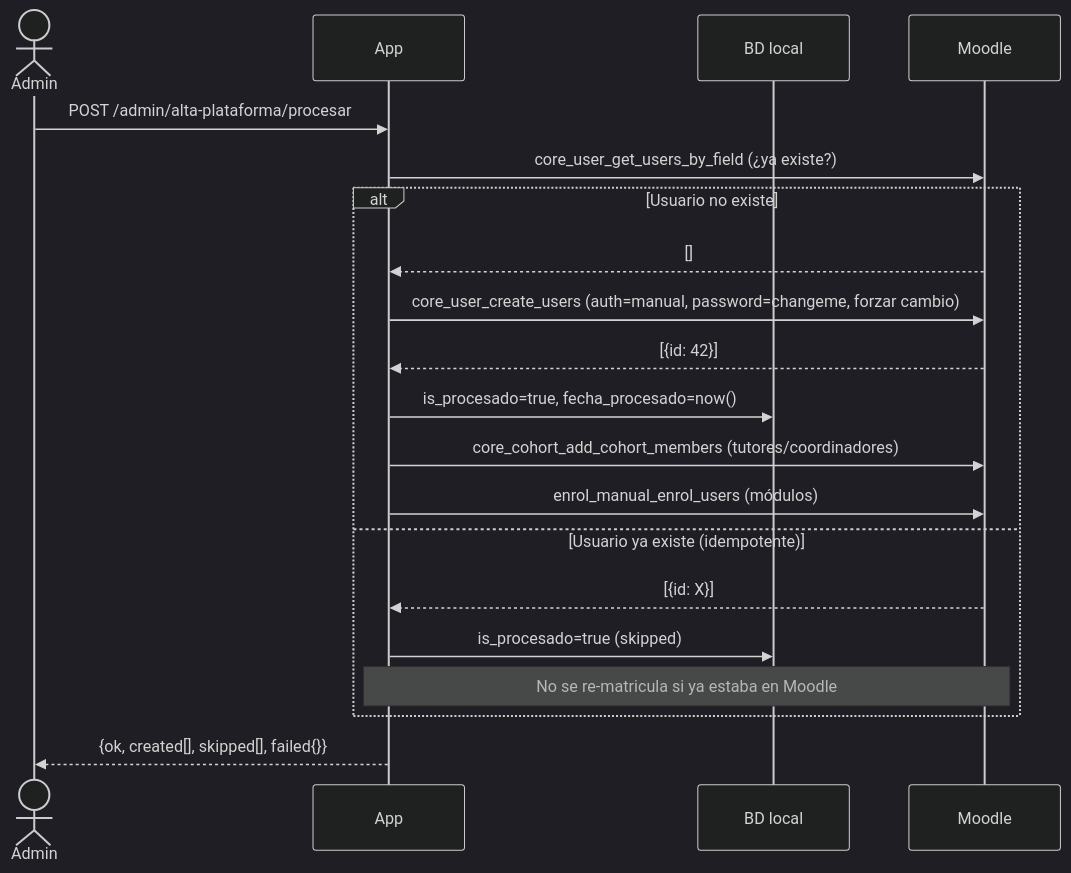
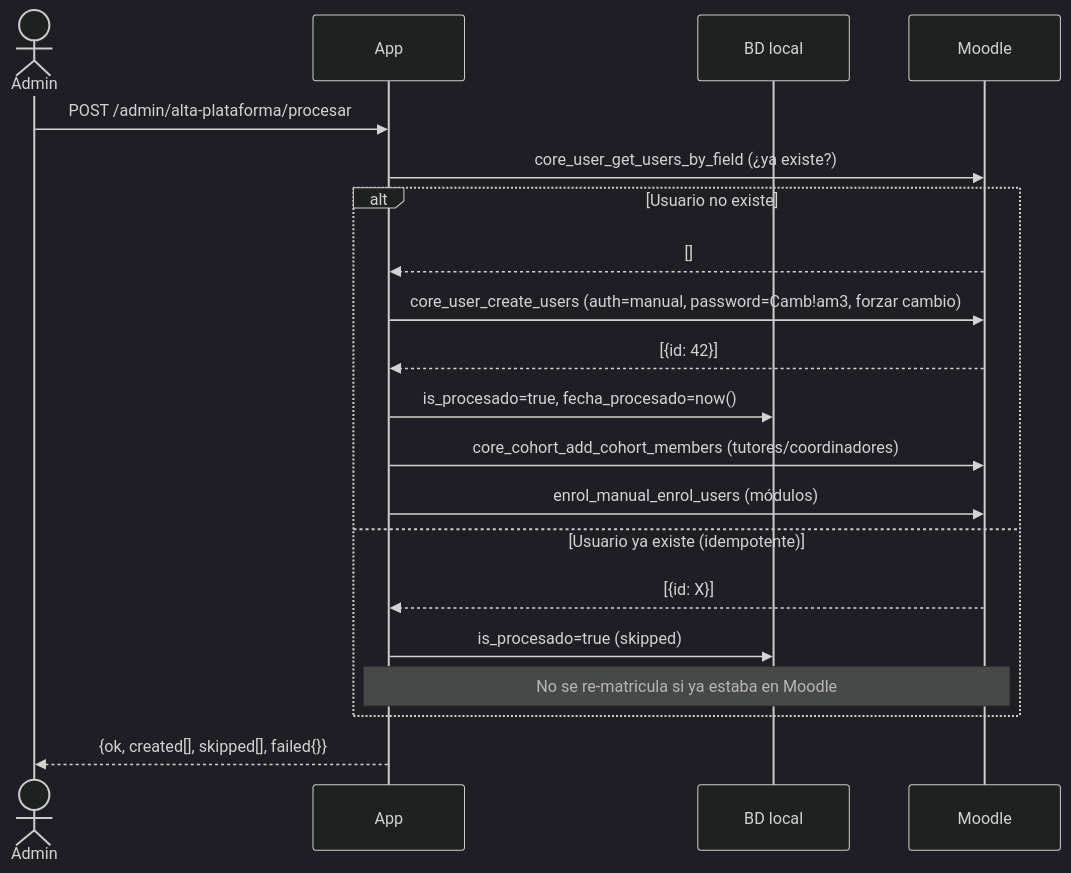
Before and after one commit to rsvisu/CD_fpVirtualGestionDocentes: the first of 4 diagrams in docs/MOODLE.md, drawn with Mermaid (dark theme). The commit also changed other lines of this file and 2 other files, not shown here.

First line of the commit message:
fix(moodle): cambiar contraseña inicial a Camb!am3 para cumplir política de Moodle

````diff
--- a/docs/MOODLE.md
+++ b/docs/MOODLE.md
@@ -65,23 +65,23 @@
 ```mermaid
 sequenceDiagram
     actor Admin
     participant App
     participant BD as BD local
     participant Moodle
 
     Admin->>App: POST /admin/alta-plataforma/procesar
     App->>Moodle: core_user_get_users_by_field (¿ya existe?)
     alt Usuario no existe
         Moodle-->>App: []
-        App->>Moodle: core_user_create_users (auth=manual, password=changeme, forzar cambio)
+        App->>Moodle: core_user_create_users (auth=manual, password=Camb!am3, forzar cambio)
         Moodle-->>App: [{id: 42}]
         App->>BD: is_procesado=true, fecha_procesado=now()
         App->>Moodle: core_cohort_add_cohort_members (tutores/coordinadores)
         App->>Moodle: enrol_manual_enrol_users (módulos)
     else Usuario ya existe (idempotente)
         Moodle-->>App: [{id: X}]
         App->>BD: is_procesado=true (skipped)
         Note over App,Moodle: No se re-matricula si ya estaba en Moodle
     end
     App-->>Admin: {ok, created[], skipped[], failed{}}
 ```
````
